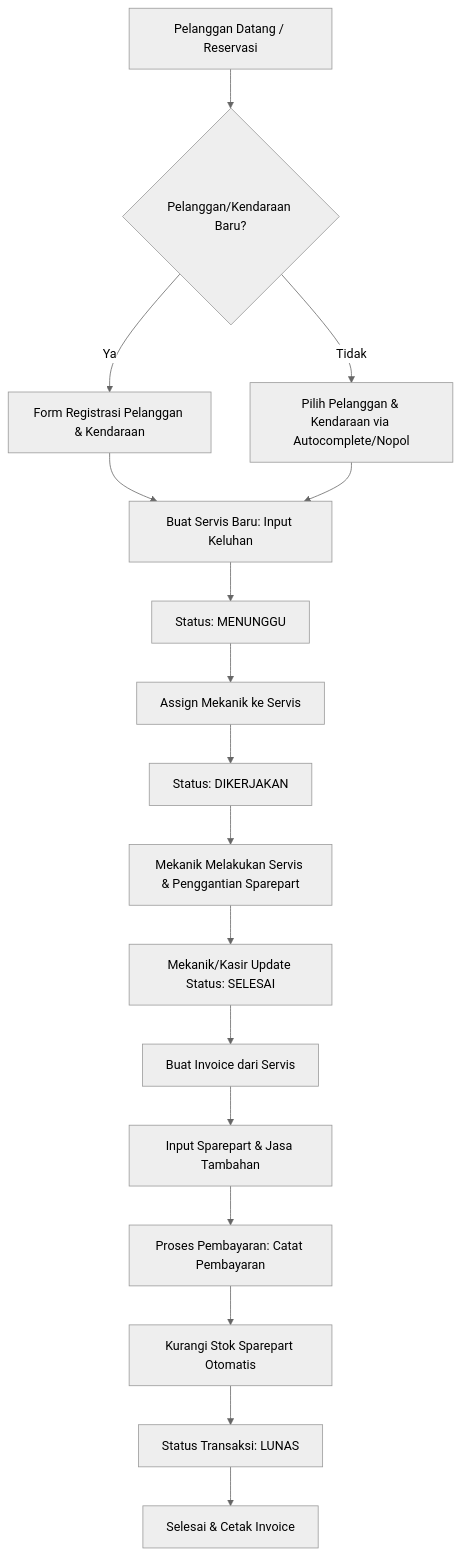
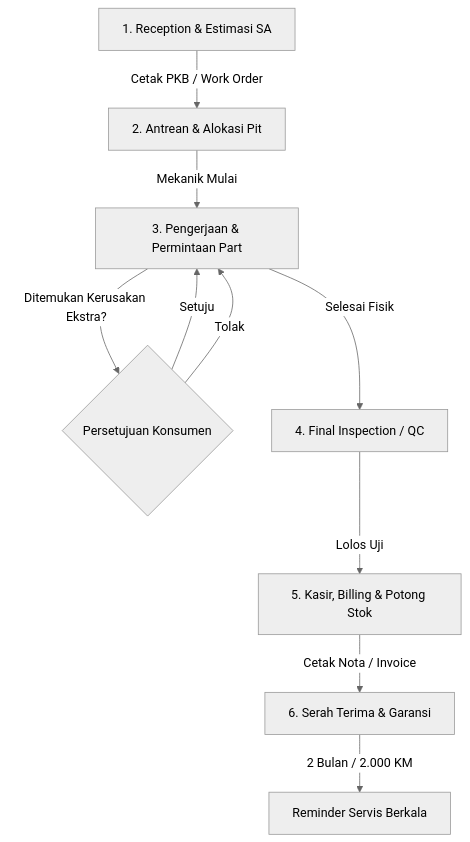
Before and after one commit to yasfaa/bengkel-app: the diagram in docs/module_flow.md, drawn with Mermaid (neutral theme). The commit also changed other lines of this file and 35 other files, not shown here.

Commit message:
feat: initialize full-stack bengkel management system including modals, composables, controllers, services, and database schema

````diff
--- a/docs/module_flow.md
+++ b/docs/module_flow.md
@@ -11,19 +9,12 @@
 ```mermaid
 graph TD
-    A[Pelanggan Datang / Reservasi] --> B{Pelanggan/Kendaraan Baru?}
-    B -- Ya --> C[Form Registrasi Pelanggan & Kendaraan]
-    B -- Tidak --> D[Pilih Pelanggan & Kendaraan via Autocomplete/Nopol]
-    C --> E[Buat Servis Baru: Input Keluhan]
-    D --> E
-    E --> F[Status: MENUNGGU]
-    F --> G[Assign Mekanik ke Servis]
-    G --> H[Status: DIKERJAKAN]
-    H --> I[Mekanik Melakukan Servis & Penggantian Sparepart]
-    I --> J[Mekanik/Kasir Update Status: SELESAI]
-    J --> K[Buat Invoice dari Servis]
-    K --> L[Input Sparepart & Jasa Tambahan]
-    L --> M[Proses Pembayaran: Catat Pembayaran]
-    M --> N[Kurangi Stok Sparepart Otomatis]
-    N --> O[Status Transaksi: LUNAS]
-    O --> P[Selesai & Cetak Invoice]
+    A[1. Reception & Estimasi SA] -->|Cetak PKB / Work Order| B[2. Antrean & Alokasi Pit]
+    B -->|Mekanik Mulai| C[3. Pengerjaan & Permintaan Part]
+    C -->|Ditemukan Kerusakan Ekstra?| D{Persetujuan Konsumen}
+    D -- Setuju --> C
+    D -- Tolak --> C
+    C -->|Selesai Fisik| E[4. Final Inspection / QC]
+    E -->|Lolos Uji| F[5. Kasir, Billing & Potong Stok]
+    F -->|Cetak Nota / Invoice| G[6. Serah Terima & Garansi]
+    G -->|2 Bulan / 2.000 KM| H[Reminder Servis Berkala]
 ```
````
